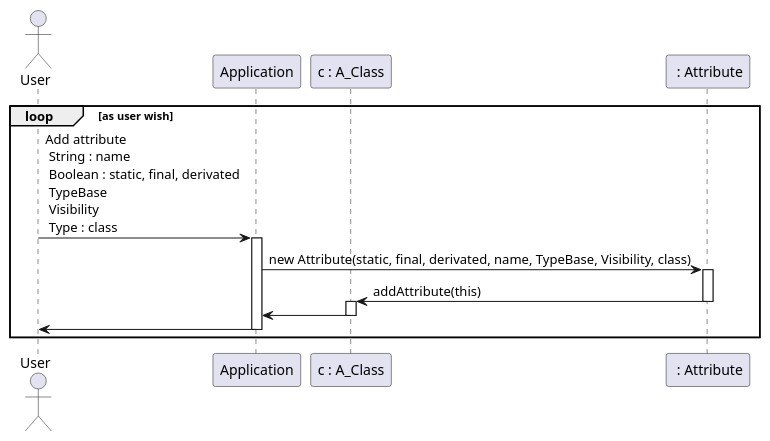
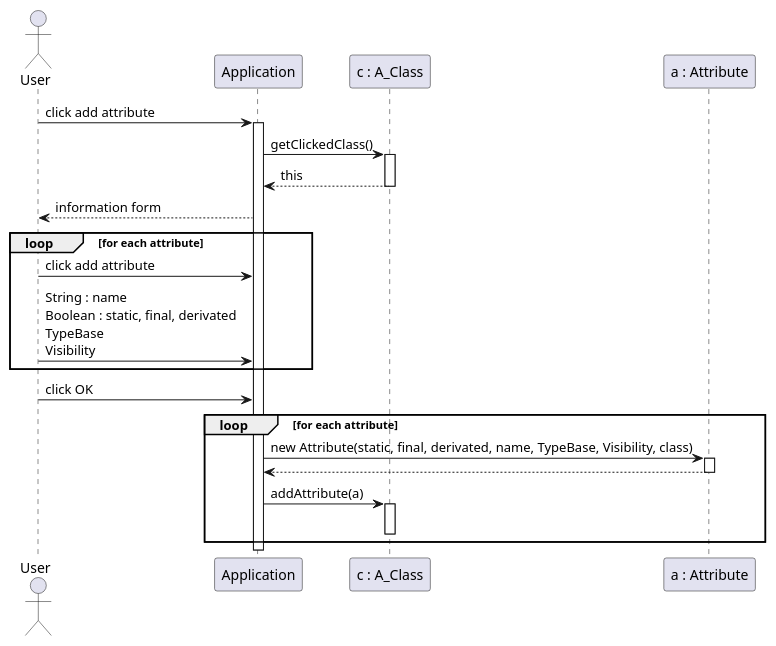
One commit to Phalexei/Modeleur changed the diagram in src/com/github/tomap/uml/conception/sequenceDiagrams/addAttributeClass.puml. Above: the diagram before and after it, drawn with PlantUML. The commit also changed 8 other files, not shown here.

Commit message:
Travail des diagrammes de séquences de conception

```diff
--- a/src/com/github/tomap/uml/conception/sequenceDiagrams/addAttributeClass.puml
+++ b/src/com/github/tomap/uml/conception/sequenceDiagrams/addAttributeClass.puml
@@ -1,22 +1,35 @@
 @startuml
 
     actor User as u
     participant Application as a
     participant "c : A_Class" as c
-    participant " : Attribute" as at
+    participant "a : Attribute" as at
 
-    loop as user wish
-    	u -> a: Add attribute\n String : name\n Boolean : static, final, derivated\n TypeBase\n Visibility\n Type : class
-    	activate a
-    	a -> at: new Attribute(static, final, derivated, name, TypeBase, Visibility, class)
-    	activate at
-    	at -> c: addAttribute(this)
-    	deactivate at
-    	activate c
-    	c -> a
-    	deactivate c
-    	a -> u
-    	deactivate a
+    u -> a: click add attribute
+    activate a
+
+    a -> c: getClickedClass()
+    activate c
+
+    c --> a: this
+    deactivate c
+
+    a --> u: information form
+
+    loop for each attribute
+        u -> a: click add attribute
+        u -> a: String : name\nBoolean : static, final, derivated\nTypeBase\nVisibility
     end
 
+    u -> a: click OK
+
+    loop for each attribute
+        a -> at: new Attribute(static, final, derivated, name, TypeBase, Visibility, class)
+        activate at
+        at --> a
+        deactivate at
+        a -> c: addAttribute(a)
+        activate c
+        deactivate c
+    end
 @enduml
```
